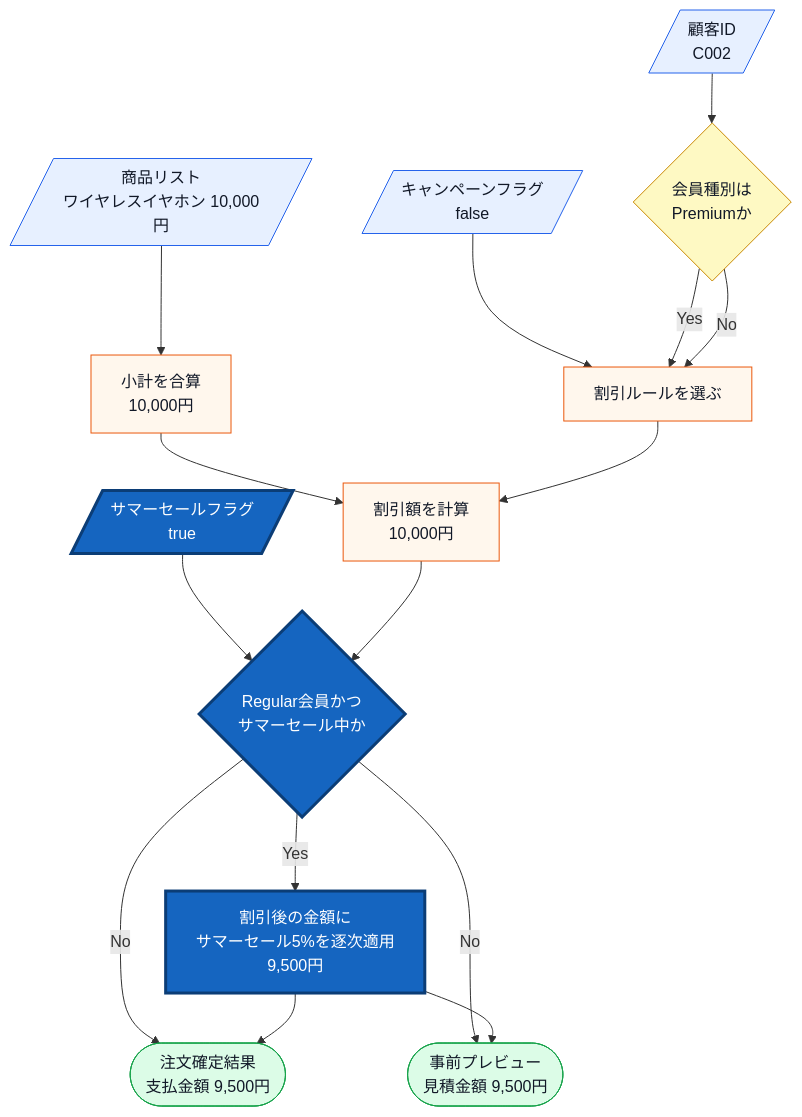
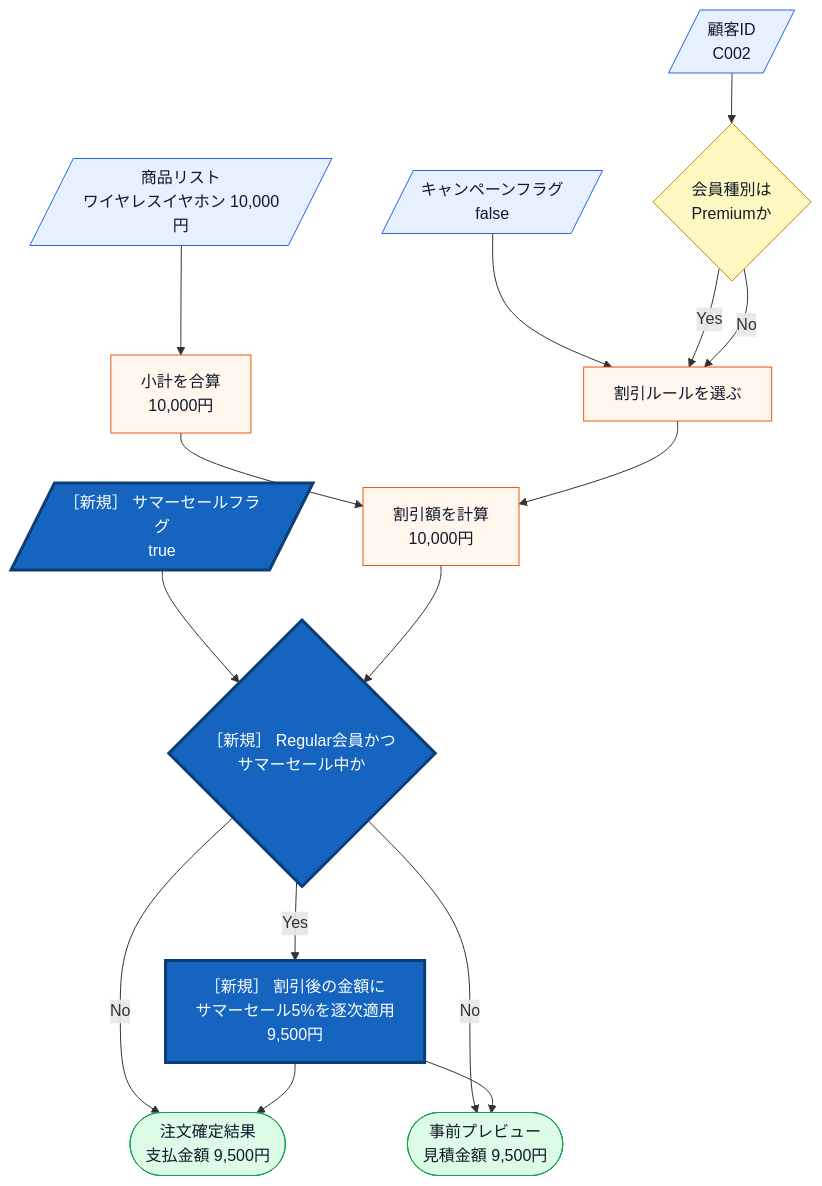
One commit to kumachan1101-pixel/DesignPattern changed the fifth of 16 diagrams in kindle/design-patterns/books/volume01-core-patterns/output/03-chapter01.md. Above: the diagram before and after it, drawn with Mermaid. The commit also changed other lines of this file and 40 other files, not shown here.

````diff
--- a/kindle/design-patterns/books/volume01-core-patterns/output/03-chapter01.md
+++ b/kindle/design-patterns/books/volume01-core-patterns/output/03-chapter01.md
@@ -947,24 +948,24 @@
 ```mermaid
 flowchart TB
     A[/商品リスト<br>ワイヤレスイヤホン 10,000円/]:::input --> G[小計を合算<br>10,000円]:::process
     C[/顧客ID<br>C002/]:::input --> D{会員種別は<br>Premiumか}:::decision
     E[/キャンペーンフラグ<br>false/]:::input --> H[割引ルールを選ぶ]:::process
-    S[/サマーセールフラグ<br>true/]:::input --> T{Regular会員かつ<br>サマーセール中か}:::decision
+    S[/［新規］ サマーセールフラグ<br>true/]:::input --> T{［新規］ Regular会員かつ<br>サマーセール中か}:::decision
     D -->|Yes| H
     D -->|No| H
     G --> I[割引額を計算<br>10,000円]:::process
     H --> I
     I --> T
-    T -->|Yes| U[割引後の金額に<br>サマーセール5%を逐次適用<br>9,500円]:::process
+    T -->|Yes| U[［新規］ 割引後の金額に<br>サマーセール5%を逐次適用<br>9,500円]:::process
     T -->|No| J([注文確定結果<br>支払金額 9,500円]):::normal
     T -->|No| K([事前プレビュー<br>見積金額 9,500円]):::normal
     U --> J
     U --> K
 
     classDef input fill:#e7f0ff,stroke:#2563eb,color:#111827;
     classDef process fill:#fff7ed,stroke:#ea580c,color:#111827;
     classDef decision fill:#fef9c3,stroke:#ca8a04,color:#111827;
     classDef normal fill:#dcfce7,stroke:#16a34a,color:#111827;
     class S,T,U added;
     classDef added fill:#1565c0,stroke:#0b3d76,stroke-width:3px,color:#ffffff;
 ```
````
